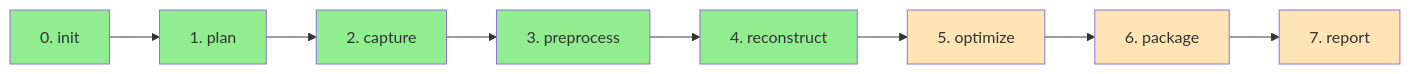
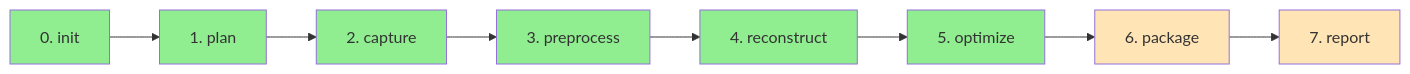
The diagram in README.md (TANUKIpro/scan2mesh), drawn with Mermaid before and after one commit. The commit also changed other lines of this file and 8 other files, not shown here.

````diff
--- a/README.md
+++ b/README.md
@@ -46,19 +46,19 @@
 ```mermaid
 graph LR
     A[0. init] --> B[1. plan]
     B --> C[2. capture]
     C --> D[3. preprocess]
     D --> E[4. reconstruct]
     E --> F[5. optimize]
     F --> G[6. package]
     G --> H[7. report]
 
     style A fill:#90EE90
     style B fill:#90EE90
     style C fill:#90EE90
     style D fill:#90EE90
     style E fill:#90EE90
-    style F fill:#FFE4B5
+    style F fill:#90EE90
     style G fill:#FFE4B5
     style H fill:#FFE4B5
 ```
````
